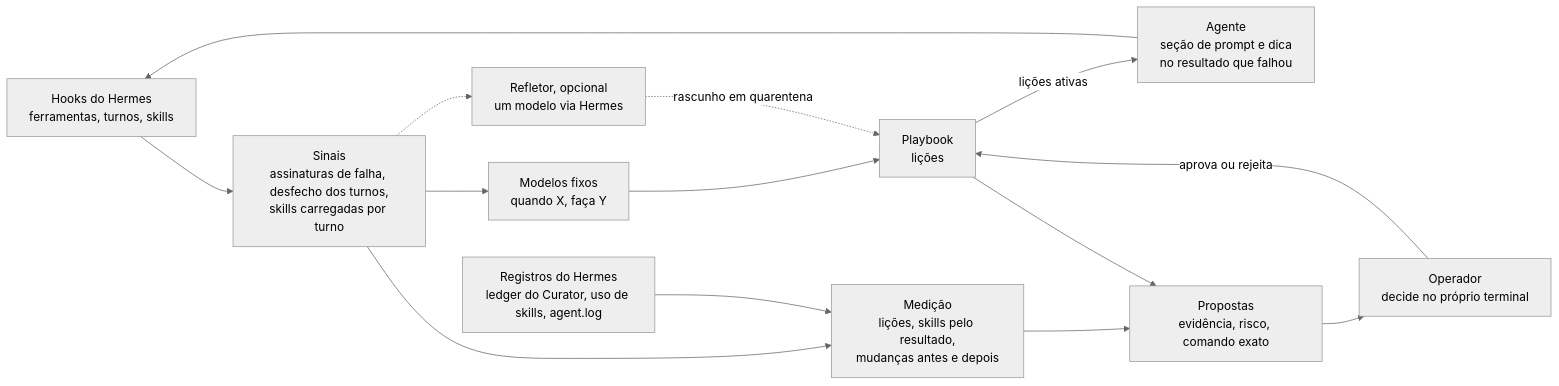
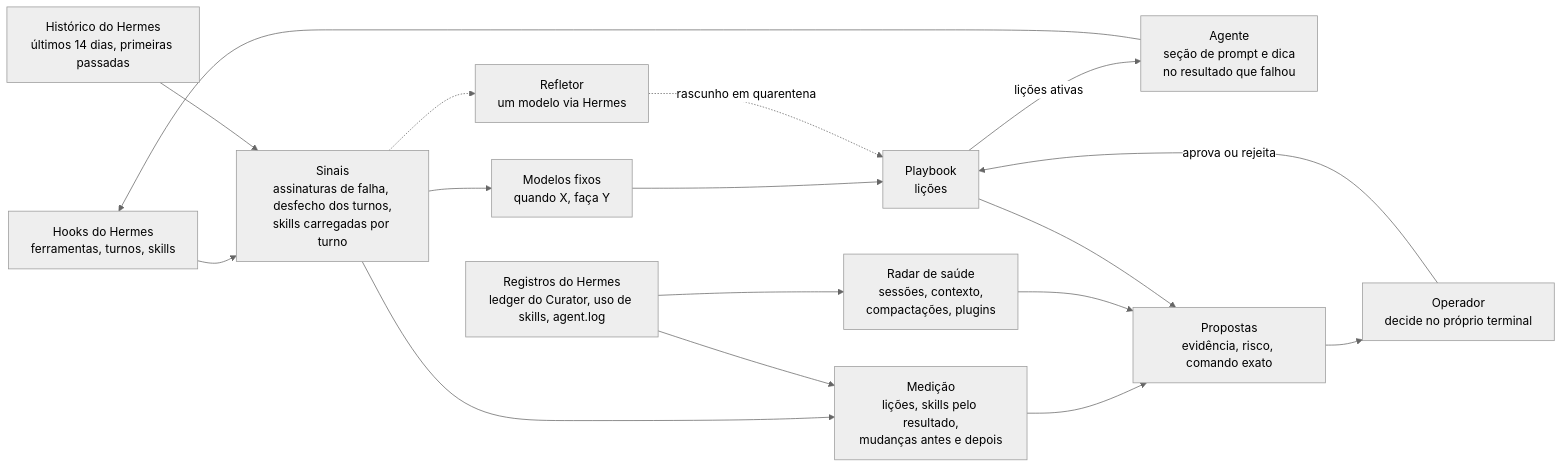
Before and after one commit to sesantanajr/hermes-atlas-evolution: the diagram in README.pt-BR.md, drawn with Mermaid (neutral theme). The commit also changed other lines of this file and 10 other files, not shown here.

````diff
--- a/README.pt-BR.md
+++ b/README.pt-BR.md
@@ -29,27 +30,32 @@
 ```mermaid
 flowchart LR
     hooks["Hooks do Hermes<br/>ferramentas, turnos, skills"]
+    history["Histórico do Hermes<br/>últimos 14 dias, primeiras passadas"]
     records["Registros do Hermes<br/>ledger do Curator, uso de skills, agent.log"]
     signals["Sinais<br/>assinaturas de falha, desfecho dos turnos,<br/>skills carregadas por turno"]
     templates["Modelos fixos<br/>quando X, faça Y"]
-    reflector["Refletor, opcional<br/>um modelo via Hermes"]
+    reflector["Refletor<br/>um modelo via Hermes"]
     playbook["Playbook<br/>lições"]
     agent["Agente<br/>seção de prompt e dica<br/>no resultado que falhou"]
     measure["Medição<br/>lições, skills pelo resultado,<br/>mudanças antes e depois"]
+    radar["Radar de saúde<br/>sessões, contexto,<br/>compactações, plugins"]
     proposals["Propostas<br/>evidência, risco, comando exato"]
     operator["Operador<br/>decide no próprio terminal"]
 
     hooks --> signals
+    history --> signals
     signals --> templates
     templates --> playbook
     signals -.-> reflector
     reflector -.->|rascunho em quarentena| playbook
     playbook -->|lições ativas| agent
     agent --> hooks
     signals --> measure
     records --> measure
+    records --> radar
     measure --> proposals
+    radar --> proposals
     playbook --> proposals
     proposals --> operator
     operator -->|aprova ou rejeita| playbook
 ```
````
